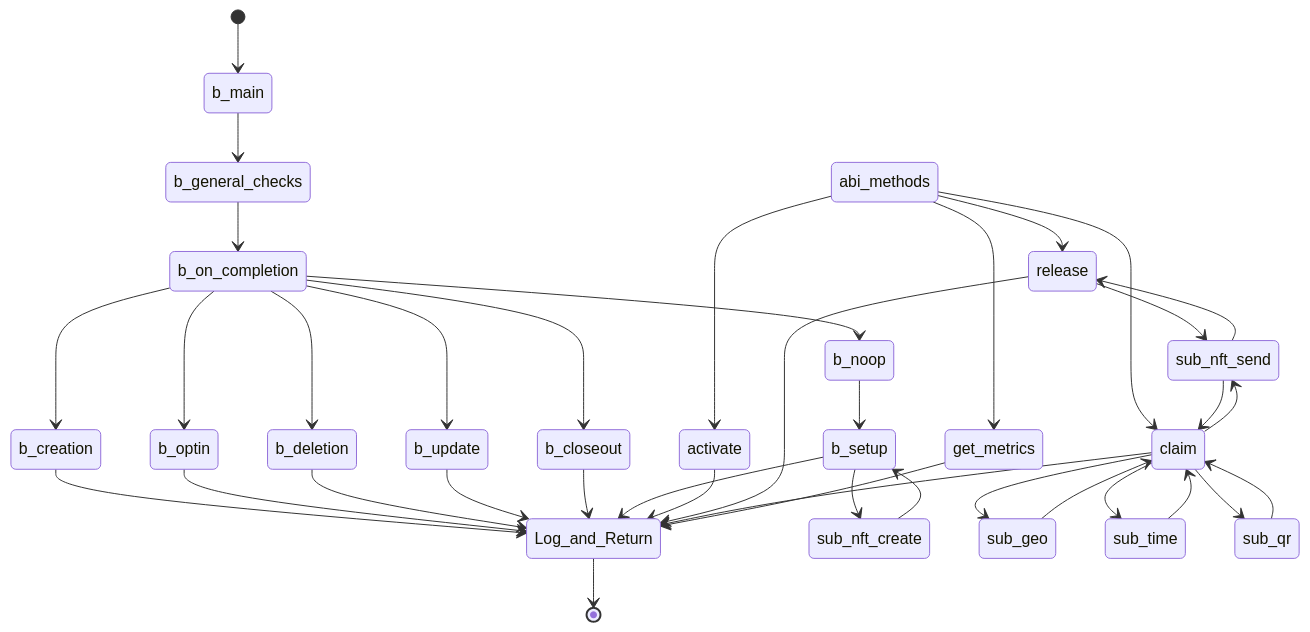
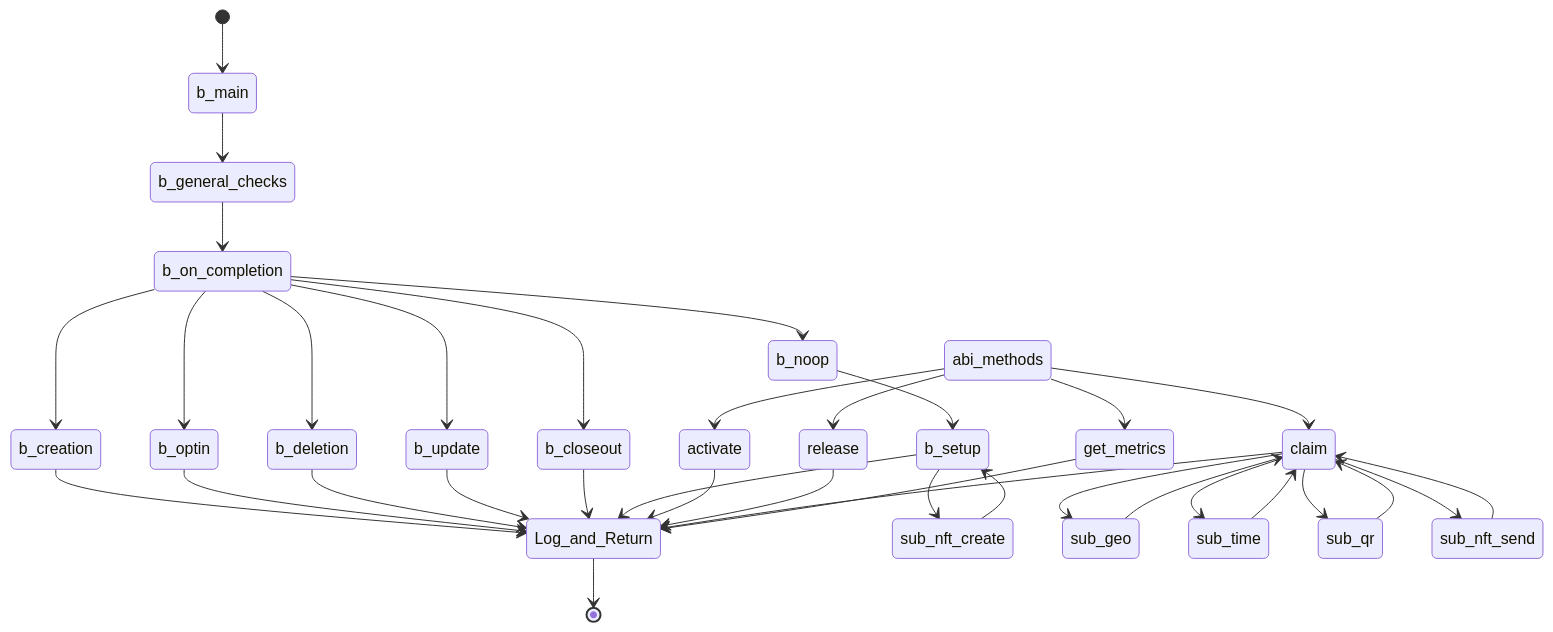
One commit to GoPlausible/.github changed the ninth of 10 diagrams in profile/README.md. Above: the diagram before and after it, drawn with Mermaid. The commit also changed other lines of this file, not shown here.

````diff
--- a/profile/README.md
+++ b/profile/README.md
@@ -304,54 +304,52 @@
 ```mermaid
   stateDiagram-v2
     [*] --> b_main
     b_main --> b_general_checks
     b_general_checks --> b_on_completion
     
     b_on_completion --> b_creation
     b_creation --> Log_and_Return
     b_on_completion --> b_optin
     b_optin --> Log_and_Return
     b_on_completion --> b_deletion
     b_deletion --> Log_and_Return
     b_on_completion --> b_update
     b_update --> Log_and_Return
     b_on_completion --> b_closeout
     b_closeout --> Log_and_Return
 
     b_on_completion --> b_noop
     b_noop --> b_setup
     b_setup --> sub_nft_create
     sub_nft_create --> b_setup
     b_setup --> Log_and_Return
    
 
 
     abi_methods --> activate
     activate --> Log_and_Return
 
     abi_methods --> release
-    release --> sub_nft_send
-    sub_nft_send --> release
     release --> Log_and_Return
 
     abi_methods --> claim
     claim --> sub_geo
     sub_geo --> claim
     claim --> sub_time
     sub_time --> claim
     claim --> sub_qr
     sub_qr --> claim
     claim --> sub_nft_send
     sub_nft_send --> claim
     claim --> Log_and_Return
 
 
     
   
     abi_methods --> get_metrics
     get_metrics --> Log_and_Return
   
     
     Log_and_Return --> [*]
     
 ```
````
